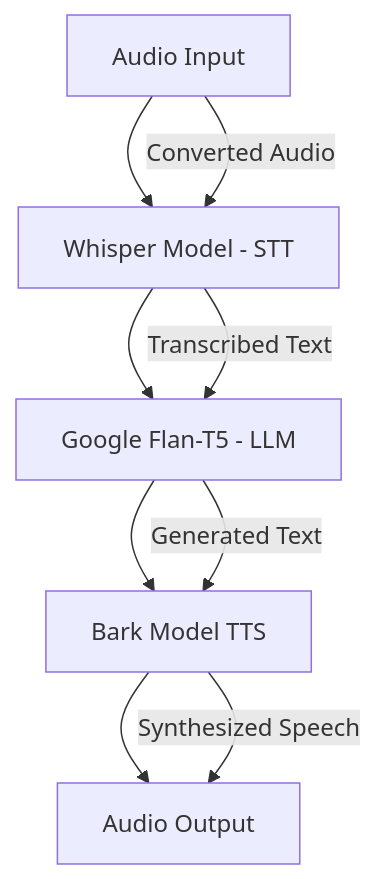
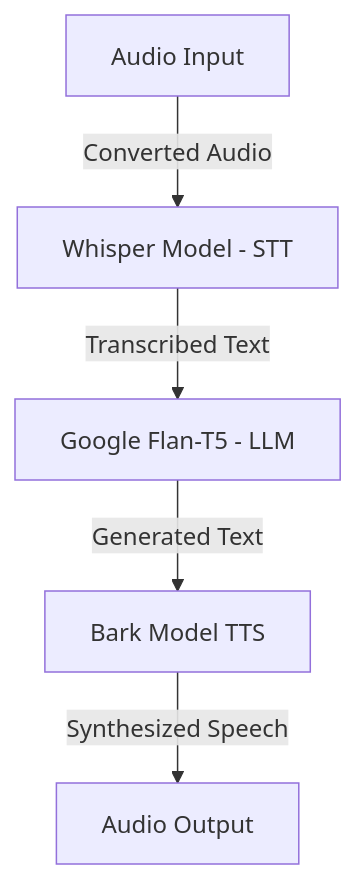
Before and after one commit to WhiteTiger-y/Lizmotors-Assignment: the diagram in README.md, drawn with Mermaid.

Commit message:
mermaid graph generation corrected

````diff
--- a/README.md
+++ b/README.md
@@ -169,12 +169,13 @@
 ```mermaid
 graph TD;
-    A[Audio Input] --> B[Whisper Model - STT];
-    B --> C[Google Flan-T5 - LLM];
-    C --> D[Bark Model  TTS];
-    D --> E[Audio Output];
+    A[Audio Input]
+    B[Whisper Model - STT];
+    C[Google Flan-T5 - LLM];
+    D[Bark Model  TTS];
+    E[Audio Output];
     A -->|Converted Audio| B;
     B -->|Transcribed Text| C;
     C -->|Generated Text| D;
     D -->|Synthesized Speech| E;
 
 ```
````
